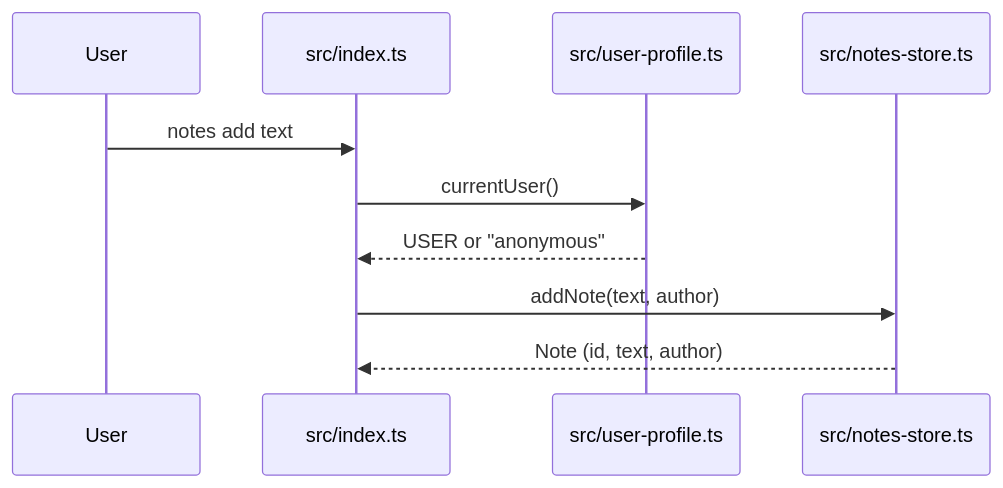
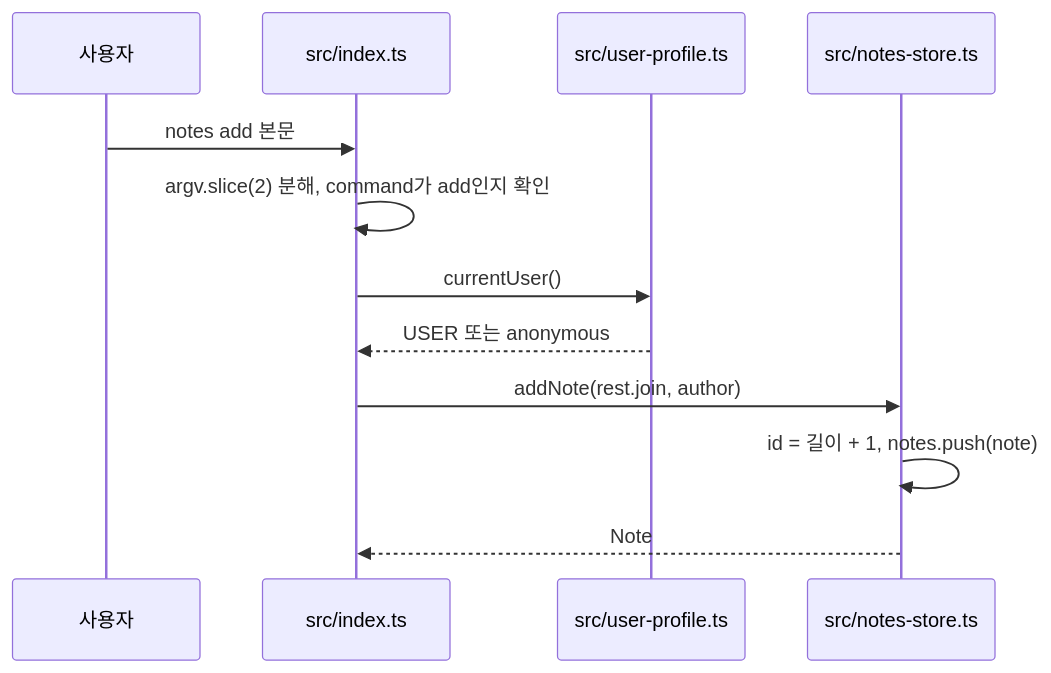
The first of 3 diagrams in examples/ts-notes-cli/docs/codemap/sequence-flow.md (hxxnn/codemap), drawn with Mermaid before and after one commit. The commit also changed other lines of this file and 44 other files, not shown here.

````diff
--- a/examples/ts-notes-cli/docs/codemap/sequence-flow.md
+++ b/examples/ts-notes-cli/docs/codemap/sequence-flow.md
@@ -18,12 +18,14 @@
 ```mermaid
 sequenceDiagram
-  participant U as User
-  participant I as src/index.ts
-  participant P as src/user-profile.ts
-  participant S as src/notes-store.ts
-  U->>I: notes add text
-  I->>P: currentUser()
-  P-->>I: USER or "anonymous"
-  I->>S: addNote(text, author)
-  S-->>I: Note (id, text, author)
+  participant U as 사용자
+  participant idx as src/index.ts
+  participant prof as src/user-profile.ts
+  participant store as src/notes-store.ts
+  U->>idx: notes add 본문
+  idx->>idx: argv.slice(2) 분해, command가 add인지 확인
+  idx->>prof: currentUser()
+  prof-->>idx: USER 또는 anonymous
+  idx->>store: addNote(rest.join, author)
+  store->>store: id = 길이 + 1, notes.push(note)
+  store-->>idx: Note
 ```
````
